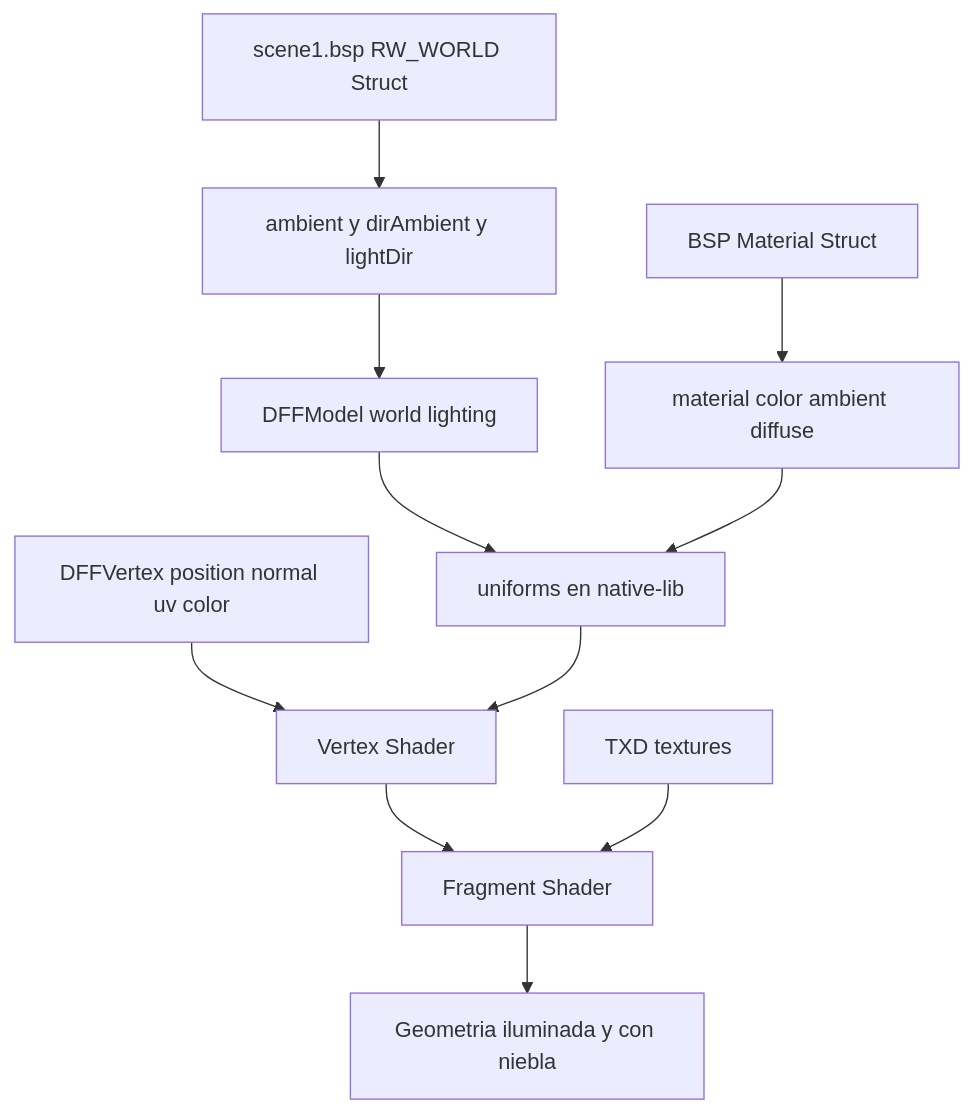
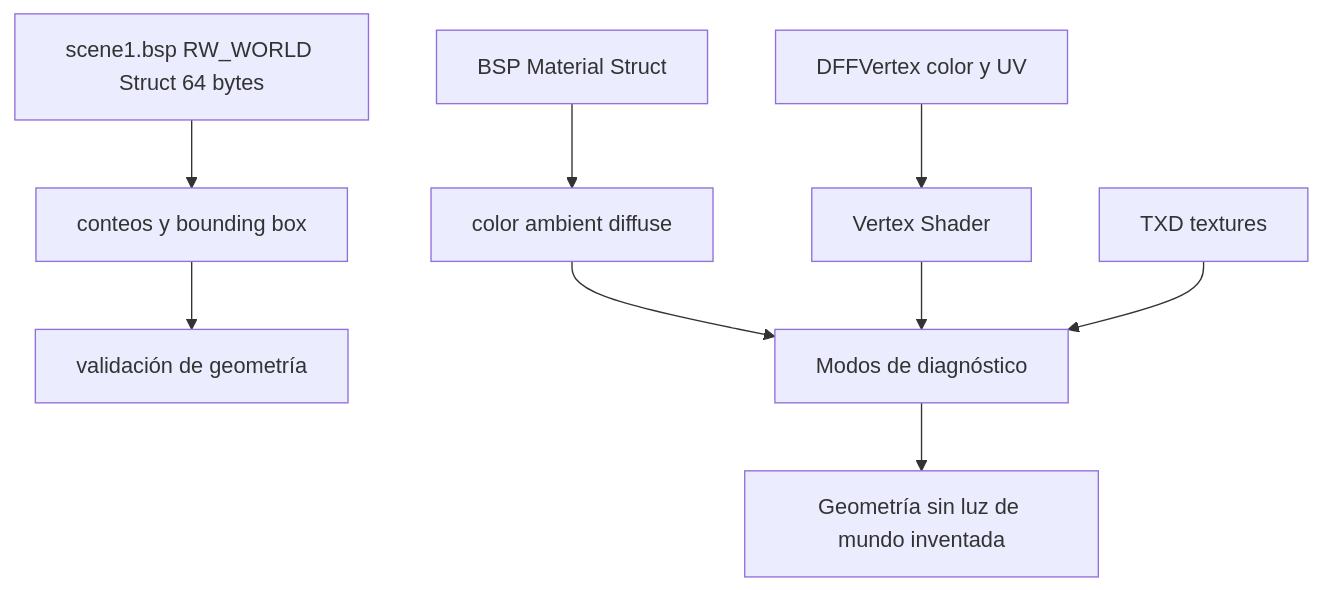
One commit to lmodicaa/Port changed the diagram in plans/manhunt_rendering_fidelity_plan.md. Above: the diagram before and after it, drawn with Mermaid. The commit also changed other lines of this file, not shown here.

Commit message:
docs(render): correct RW_WORLD lighting assumptions

````diff
--- a/plans/manhunt_rendering_fidelity_plan.md
+++ b/plans/manhunt_rendering_fidelity_plan.md
@@ -94,13 +82,11 @@
 ```mermaid
 flowchart TD
-    A[scene1.bsp RW_WORLD Struct] --> B[ambient y dirAmbient y lightDir]
-    B --> C[DFFModel world lighting]
-    C --> D[uniforms en native-lib]
-    E[BSP Material Struct] --> F[material color ambient diffuse]
-    F --> D
-    G[DFFVertex position normal uv color] --> H[Vertex Shader]
-    D --> H
-    H --> I[Fragment Shader]
+    A[scene1.bsp RW_WORLD Struct 64 bytes] --> B[conteos y bounding box]
+    B --> C[validación de geometría]
+    E[BSP Material Struct] --> F[color ambient diffuse]
+    G[DFFVertex color y UV] --> H[Vertex Shader]
+    F --> I[Modos de diagnóstico]
+    H --> I
     J[TXD textures] --> I
-    I --> K[Geometria iluminada y con niebla]
+    I --> K[Geometría sin luz de mundo inventada]
 ```
````
